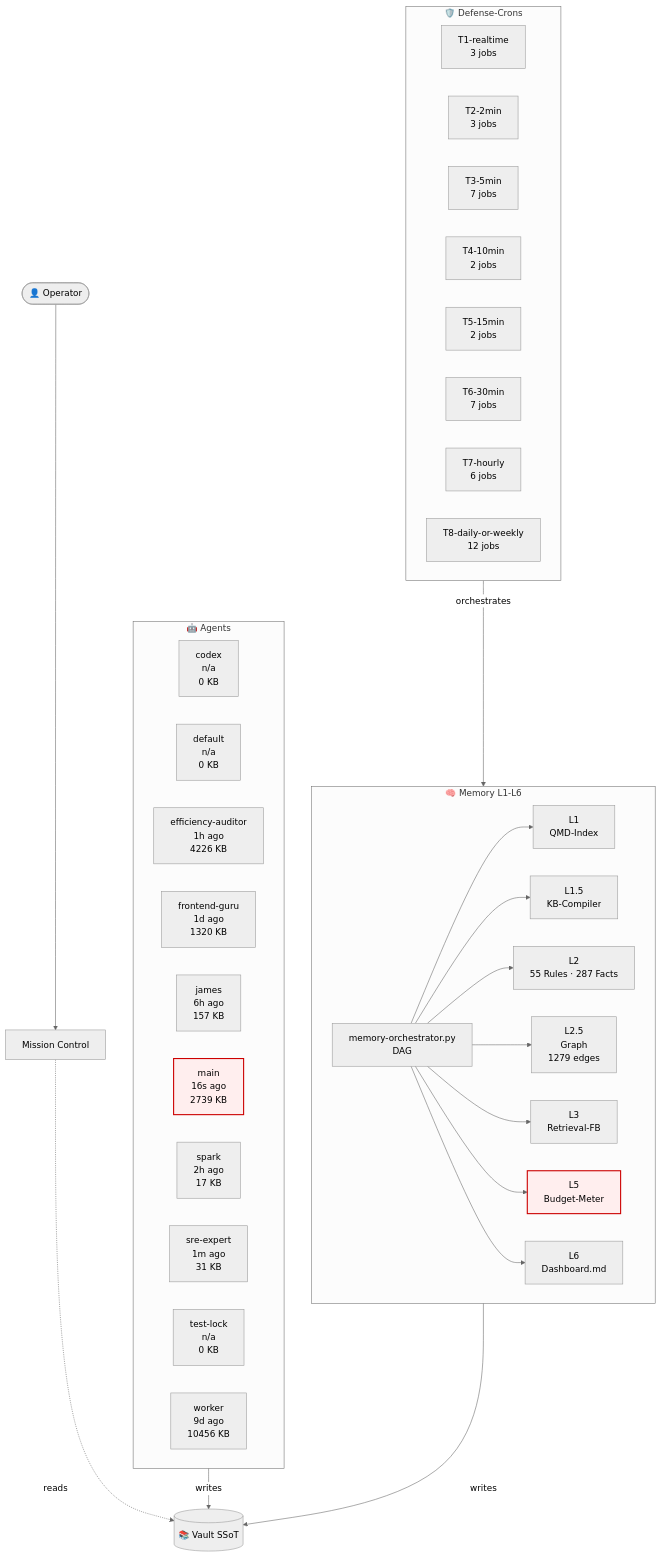
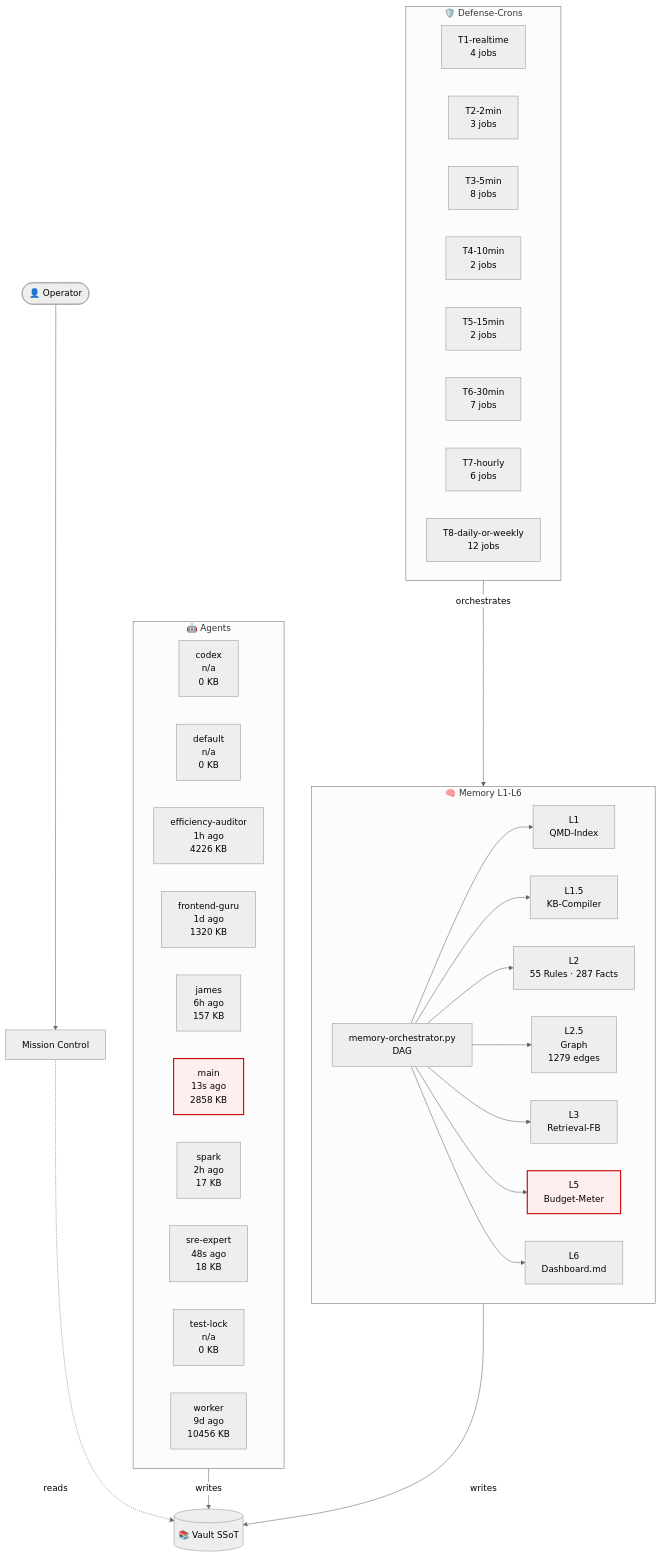
Before and after one commit to lenardhuebner88-rgb/openclaw-memory: the diagram in _agents/architecture-live.md, drawn with Mermaid (neutral theme). The commit also changed other lines of this file and 7 other files, not shown here.

````diff
--- a/_agents/architecture-live.md
+++ b/_agents/architecture-live.md
@@ -18,53 +18,53 @@
 ```mermaid
 flowchart TB
     classDef critical fill:#fee,stroke:#c00,stroke-width:2px;
     subgraph AGT["🤖 Agents"]
         agent_codex["codex<br/>n/a<br/>0 KB"]
         agent_default["default<br/>n/a<br/>0 KB"]
         agent_efficiency_auditor["efficiency-auditor<br/>1h ago<br/>4226 KB"]
         agent_frontend_guru["frontend-guru<br/>1d ago<br/>1320 KB"]
         agent_james["james<br/>6h ago<br/>157 KB"]
-        agent_main["main<br/>16s ago<br/>2739 KB"]
+        agent_main["main<br/>13s ago<br/>2858 KB"]
         agent_spark["spark<br/>2h ago<br/>17 KB"]
-        agent_sre_expert["sre-expert<br/>1m ago<br/>31 KB"]
+        agent_sre_expert["sre-expert<br/>48s ago<br/>18 KB"]
         agent_test_lock["test-lock<br/>n/a<br/>0 KB"]
         agent_worker["worker<br/>9d ago<br/>10456 KB"]
     end
     subgraph MEM["🧠 Memory L1-L6"]
         L1["L1<br/>QMD-Index"]
         L15["L1.5<br/>KB-Compiler"]
         L2["L2<br/>55 Rules · 287 Facts"]
         L25["L2.5<br/>Graph<br/>1279 edges"]
         L3["L3<br/>Retrieval-FB"]
         L5["L5<br/>Budget-Meter"]
         L6["L6<br/>Dashboard.md"]
         ORCH["memory-orchestrator.py<br/>DAG"]
     end
     subgraph CRN["🛡️ Defense-Crons"]
-        tier_T1_realtime["T1-realtime<br/>3 jobs"]
+        tier_T1_realtime["T1-realtime<br/>4 jobs"]
         tier_T2_2min["T2-2min<br/>3 jobs"]
-        tier_T3_5min["T3-5min<br/>7 jobs"]
+        tier_T3_5min["T3-5min<br/>8 jobs"]
         tier_T4_10min["T4-10min<br/>2 jobs"]
         tier_T5_15min["T5-15min<br/>2 jobs"]
         tier_T6_30min["T6-30min<br/>7 jobs"]
         tier_T7_hourly["T7-hourly<br/>6 jobs"]
         tier_T8_daily_or_weekly["T8-daily-or-weekly<br/>12 jobs"]
     end
     VAULT[("📚 Vault SSoT")]
     OP([👤 Operator])
     MC["Mission Control"]
     OP --> MC
     MC -.reads.-> VAULT
     AGT -->|writes| VAULT
     MEM -->|writes| VAULT
     ORCH --> L1
     ORCH --> L15
     ORCH --> L2
     ORCH --> L25
     ORCH --> L3
     ORCH --> L5
     ORCH --> L6
     CRN -->|orchestrates| MEM
     class L5 critical
     class agent_main critical
 ```
````
